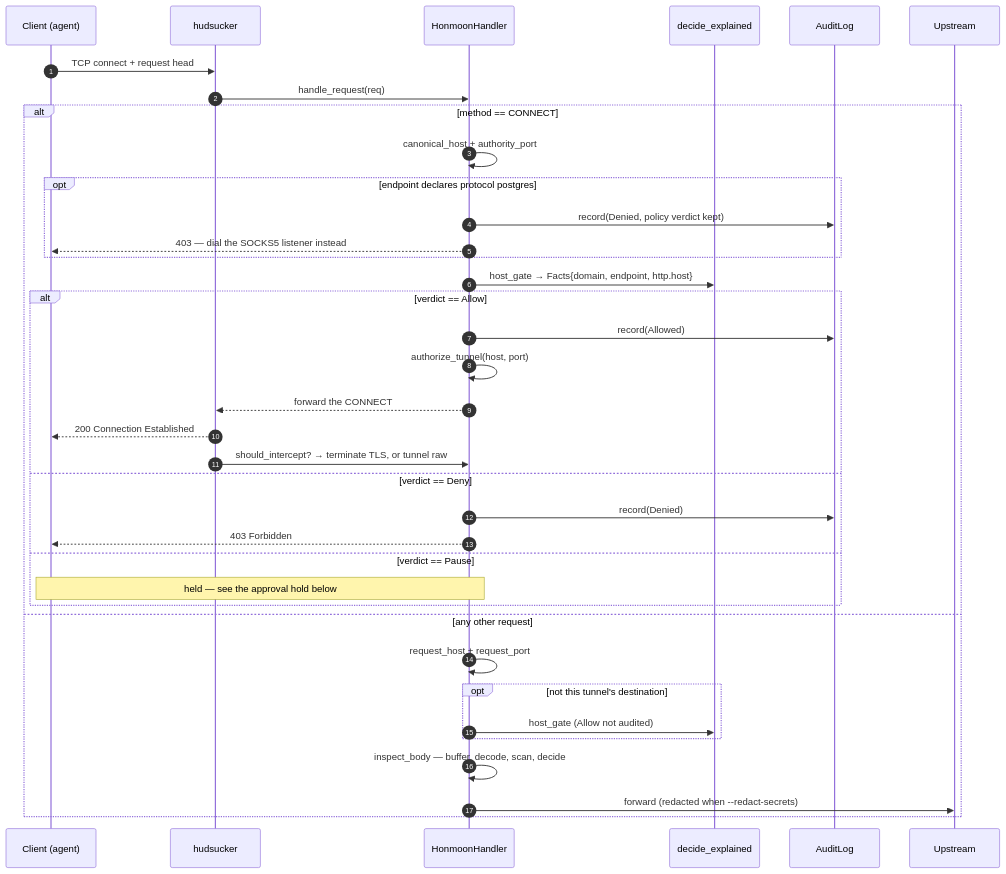
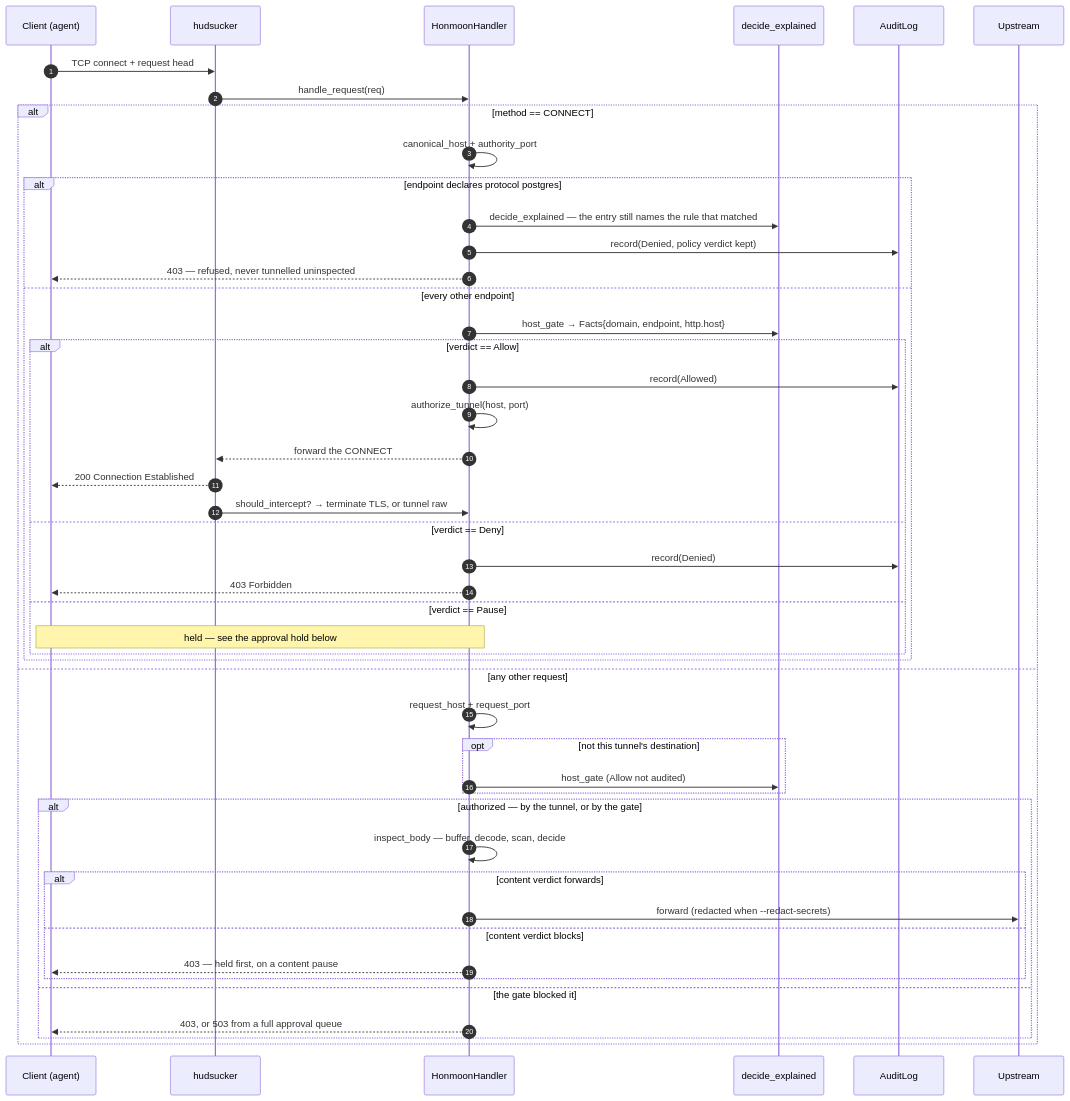
The first of 3 diagrams in wiki/deep-dive/egress-gateway.md (pleaseai/honmoon), drawn with Mermaid before and after one commit. The commit also changed 1 other file, not shown here.

````diff
--- a/wiki/deep-dive/egress-gateway.md
+++ b/wiki/deep-dive/egress-gateway.md
@@ -114,39 +114,49 @@
 ```mermaid
 sequenceDiagram
   autonumber
   participant C as Client (agent)
   participant HS as hudsucker
   participant H as HonmoonHandler
   participant Core as decide_explained
   participant Audit as AuditLog
   participant U as Upstream
   C->>HS: TCP connect + request head
   HS->>H: handle_request(req)
   alt method == CONNECT
     H->>H: canonical_host + authority_port
-    opt endpoint declares protocol postgres
+    alt endpoint declares protocol postgres
+      H->>Core: decide_explained — the entry still names the rule that matched
       H->>Audit: record(Denied, policy verdict kept)
-      H-->>C: 403 — dial the SOCKS5 listener instead
-    end
-    H->>Core: host_gate → Facts{domain, endpoint, http.host}
-    alt verdict == Allow
-      H->>Audit: record(Allowed)
-      H->>H: authorize_tunnel(host, port)
-      H-->>HS: forward the CONNECT
-      HS-->>C: 200 Connection Established
-      HS->>H: should_intercept? → terminate TLS, or tunnel raw
-    else verdict == Deny
-      H->>Audit: record(Denied)
-      H-->>C: 403 Forbidden
-    else verdict == Pause
-      Note over H,C: held — see the approval hold below
+      H-->>C: 403 — refused, never tunnelled uninspected
+    else every other endpoint
+      H->>Core: host_gate → Facts{domain, endpoint, http.host}
+      alt verdict == Allow
+        H->>Audit: record(Allowed)
+        H->>H: authorize_tunnel(host, port)
+        H-->>HS: forward the CONNECT
+        HS-->>C: 200 Connection Established
+        HS->>H: should_intercept? → terminate TLS, or tunnel raw
+      else verdict == Deny
+        H->>Audit: record(Denied)
+        H-->>C: 403 Forbidden
+      else verdict == Pause
+        Note over H,C: held — see the approval hold below
+      end
     end
   else any other request
     H->>H: request_host + request_port
     opt not this tunnel's destination
       H->>Core: host_gate (Allow not audited)
     end
-    H->>H: inspect_body — buffer, decode, scan, decide
-    H->>U: forward (redacted when --redact-secrets)
+    alt authorized — by the tunnel, or by the gate
+      H->>H: inspect_body — buffer, decode, scan, decide
+      alt content verdict forwards
+        H->>U: forward (redacted when --redact-secrets)
+      else content verdict blocks
+        H-->>C: 403 — held first, on a content pause
+      end
+    else the gate blocked it
+      H-->>C: 403, or 503 from a full approval queue
+    end
   end
 ```
````
